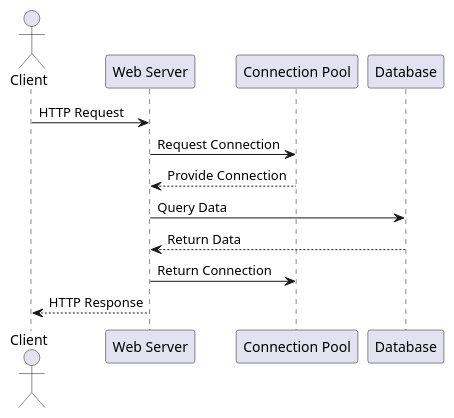
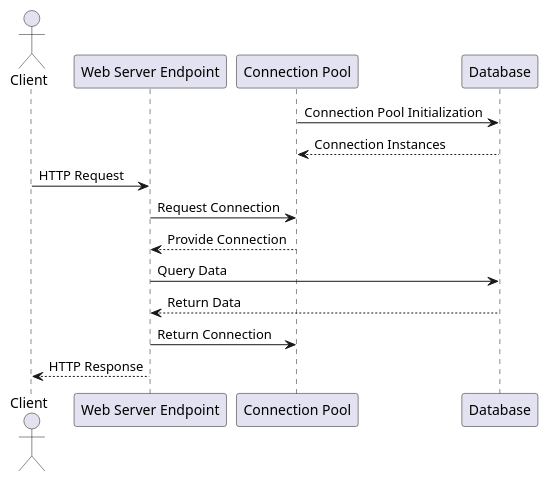
Before and after one commit to LuisPassosRamos/seminario-ppr-criacional-object-pool: the second of 3 diagrams in README.md, drawn with PlantUML. The commit also changed other lines of this file, not shown here.

````diff
--- a/README.md
+++ b/README.md
@@ -717,17 +52,19 @@
 ```plantuml
 @startuml
 actor Client
-participant "Web Server" as Server
+participant "Web Server Endpoint" as Server
 participant "Connection Pool" as Pool
 participant "Database" as DB
 
+Pool -> DB: Connection Pool Initialization
+DB --> Pool: Connection Instances
 Client -> Server: HTTP Request
 Server -> Pool: Request Connection
 Pool --> Server: Provide Connection
 Server -> DB: Query Data
 DB --> Server: Return Data
 Server -> Pool: Return Connection
 Server --> Client: HTTP Response
 
 @enduml
 ```
````
